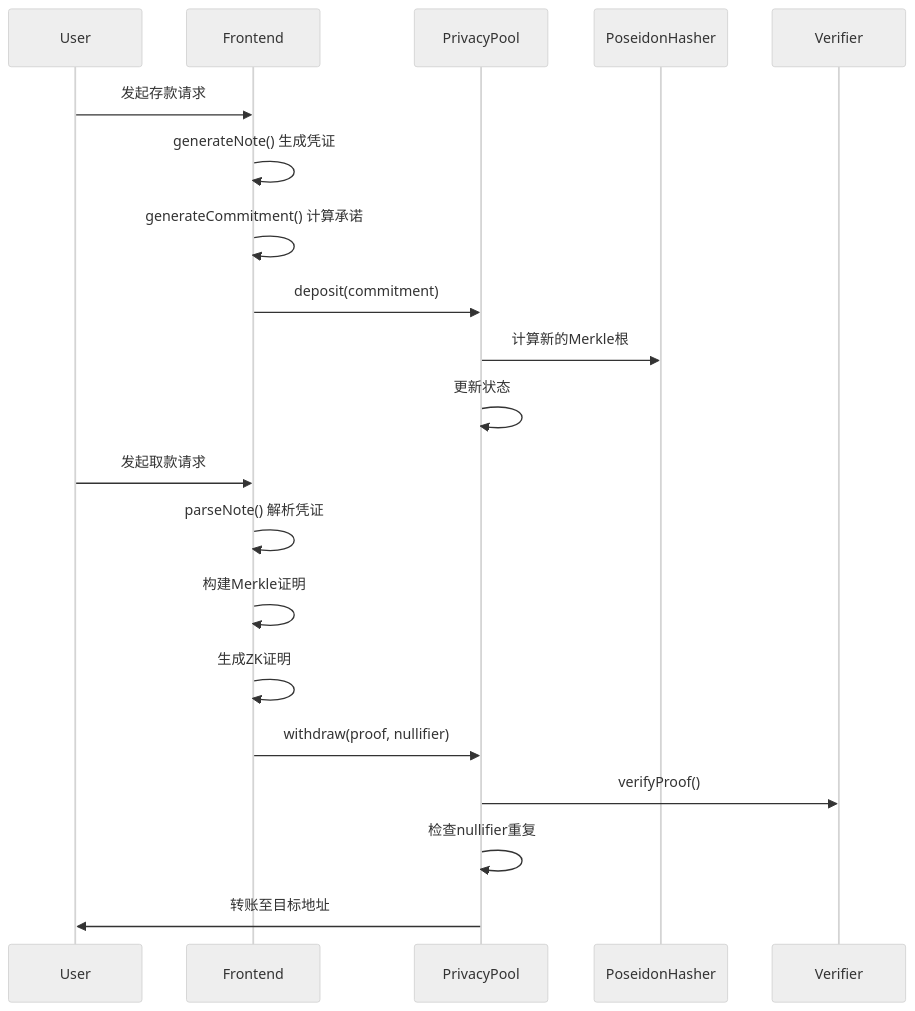
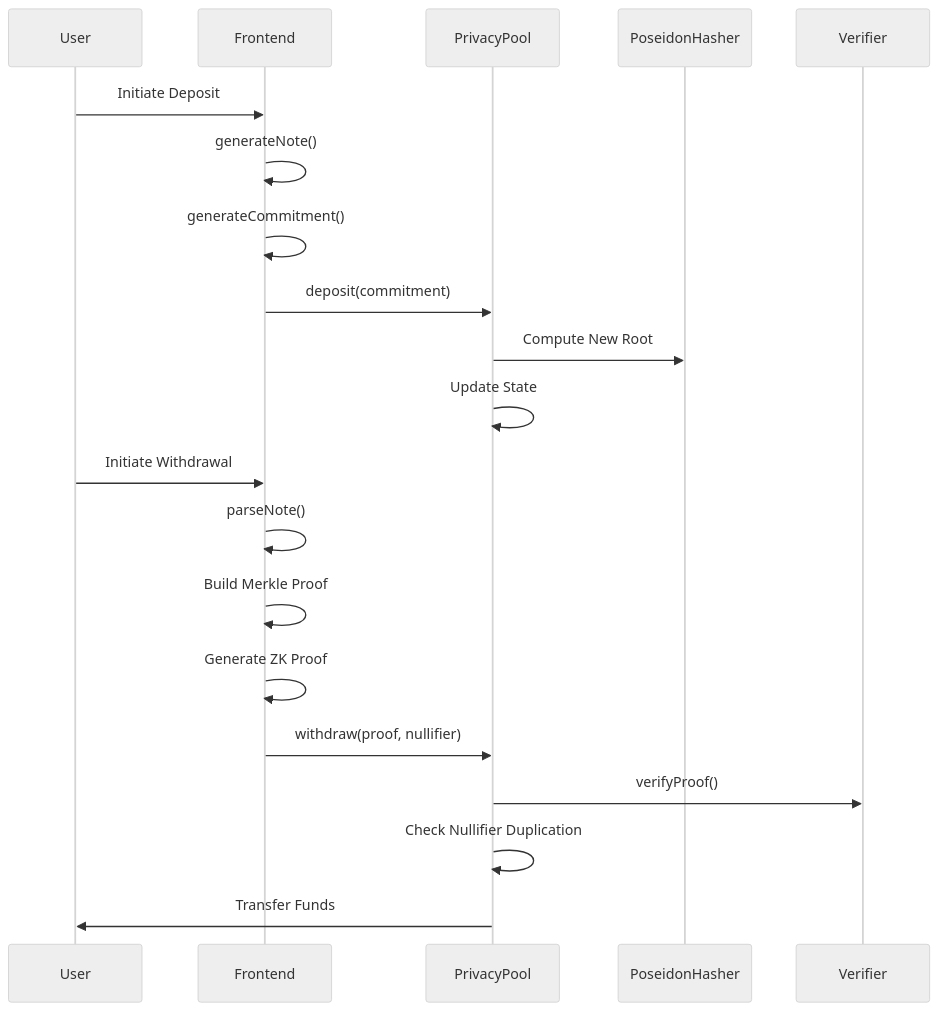
Before and after one commit to Wenbobobo/WhisperFi: the second of 4 diagrams in README.md, drawn with Mermaid (neutral theme). The commit also changed other lines of this file and 1 other file, not shown here.

Commit message:
feat: Add Chinese documentation, including system architecture, core functionalities, and economic structure design.

````diff
--- a/README.md
+++ b/README.md
@@ -63,24 +68,24 @@
 ```mermaid
 sequenceDiagram
     participant User
     participant Frontend
     participant PrivacyPool
     participant PoseidonHasher
     participant Verifier
-  
-    User->>Frontend: 发起存款请求
-    Frontend->>Frontend: generateNote() 生成凭证
-    Frontend->>Frontend: generateCommitment() 计算承诺
+
+    User->>Frontend: Initiate Deposit
+    Frontend->>Frontend: generateNote()
+    Frontend->>Frontend: generateCommitment()
     Frontend->>PrivacyPool: deposit(commitment)
-    PrivacyPool->>PoseidonHasher: 计算新的Merkle根
-    PrivacyPool->>PrivacyPool: 更新状态
-  
-    User->>Frontend: 发起取款请求
-    Frontend->>Frontend: parseNote() 解析凭证
-    Frontend->>Frontend: 构建Merkle证明
-    Frontend->>Frontend: 生成ZK证明
+    PrivacyPool->>PoseidonHasher: Compute New Root
+    PrivacyPool->>PrivacyPool: Update State
+
+    User->>Frontend: Initiate Withdrawal
+    Frontend->>Frontend: parseNote()
+    Frontend->>Frontend: Build Merkle Proof
+    Frontend->>Frontend: Generate ZK Proof
     Frontend->>PrivacyPool: withdraw(proof, nullifier)
     PrivacyPool->>Verifier: verifyProof()
-    PrivacyPool->>PrivacyPool: 检查nullifier重复
-    PrivacyPool->>User: 转账至目标地址
+    PrivacyPool->>PrivacyPool: Check Nullifier Duplication
+    PrivacyPool->>User: Transfer Funds
 ```
````
